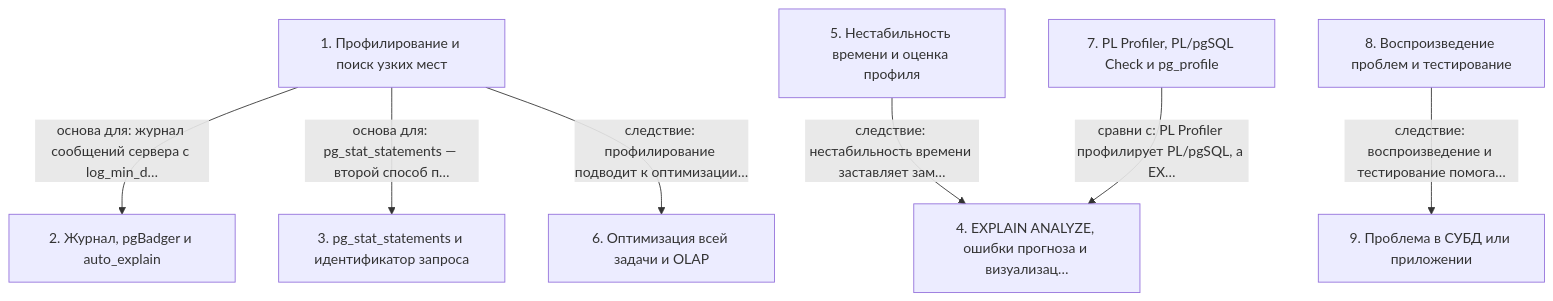
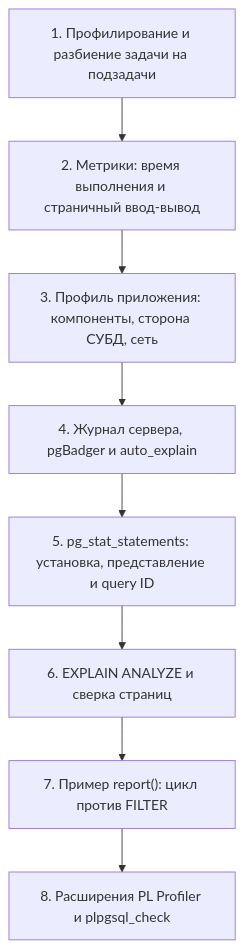
One commit to AsoloCode/notes changed the diagram in postgres-qpt/14 - QPT-16. 13. Профилирование/notes.md. Above: the diagram before and after it, drawn with Mermaid. The commit also changed other lines of this file and 503 other files, not shown here.

First line of the commit message:
Обновить конспекты PostgreSQL (QPT-16, DEV1-16): слайды, схемы, факт-чек

````diff
--- a/postgres-qpt/14 - QPT-16. 13. Профилирование/notes.md
+++ b/postgres-qpt/14 - QPT-16. 13. Профилирование/notes.md
@@ -102,18 +276,18 @@
 ```mermaid
 flowchart TD
-    n1["1. Профилирование и поиск узких мест"]
-    n2["2. Журнал, pgBadger и auto_explain"]
-    n3["3. pg_stat_statements и идентификатор запроса"]
-    n4["4. EXPLAIN ANALYZE, ошибки прогноза и визуализац…"]
-    n5["5. Нестабильность времени и оценка профиля"]
-    n6["6. Оптимизация всей задачи и OLAP"]
-    n7["7. PL Profiler, PL/pgSQL Check и pg_profile"]
-    n8["8. Воспроизведение проблем и тестирование"]
-    n9["9. Проблема в СУБД или приложении"]
-    n1 -->|основа для: журнал сообщений сервера с log_min_d…| n2
-    n1 -->|основа для: pg_stat_statements — второй способ п…| n3
-    n5 -->|следствие: нестабильность времени заставляет зам…| n4
-    n1 -->|следствие: профилирование подводит к оптимизации…| n6
-    n7 -->|сравни с: PL Profiler профилирует PL/pgSQL, а EX…| n4
-    n8 -->|следствие: воспроизведение и тестирование помога…| n9
+    n1["1. Профилирование и разбиение задачи на подзадачи"]
+    n2["2. Метрики: время выполнения и страничный ввод-вывод"]
+    n3["3. Профиль приложения: компоненты, сторона СУБД, сеть"]
+    n4["4. Журнал сервера, pgBadger и auto_explain"]
+    n5["5. pg_stat_statements: установка, представление и query ID"]
+    n6["6. EXPLAIN ANALYZE и сверка страниц"]
+    n7["7. Пример report(): цикл против FILTER"]
+    n8["8. Расширения PL Profiler и plpgsql_check"]
+    n1 --> n2
+    n2 --> n3
+    n3 --> n4
+    n4 --> n5
+    n5 --> n6
+    n6 --> n7
+    n7 --> n8
 ```
````
